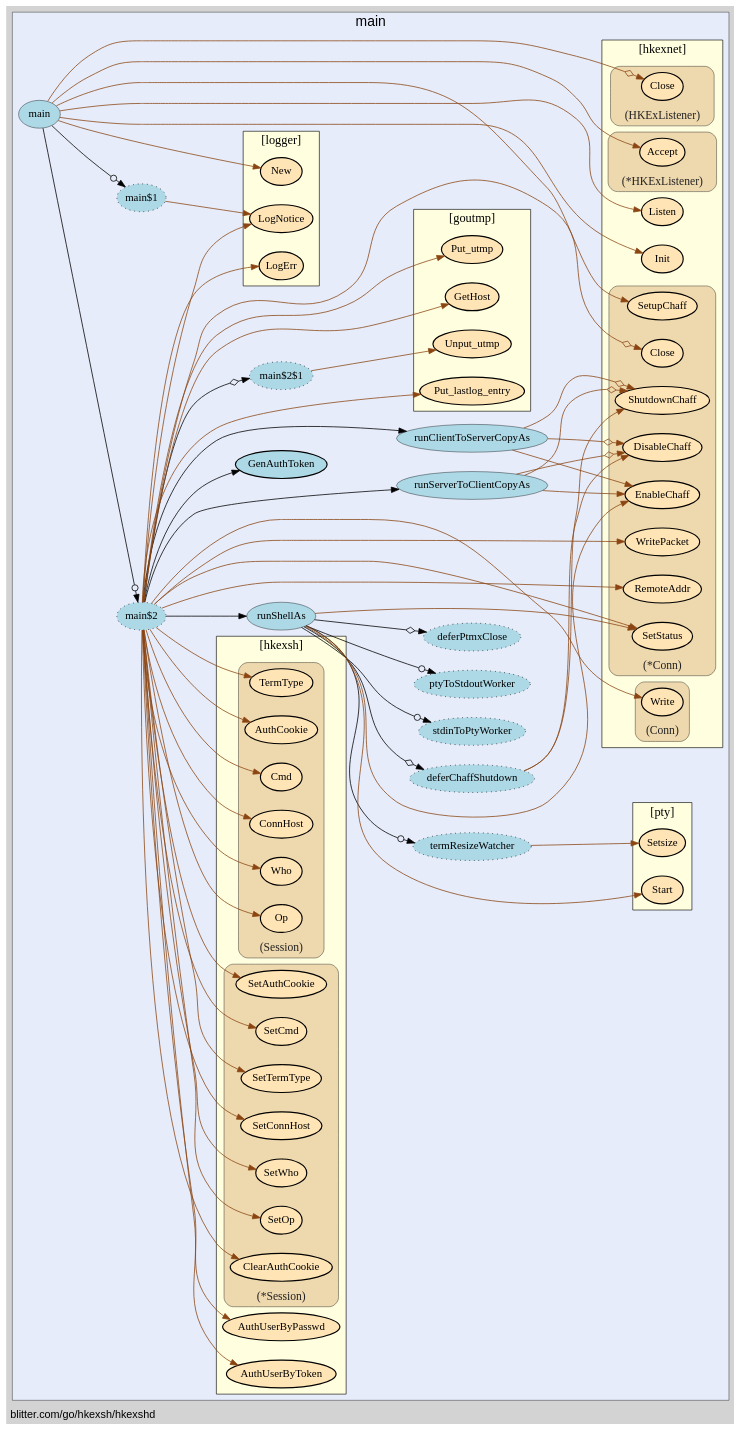
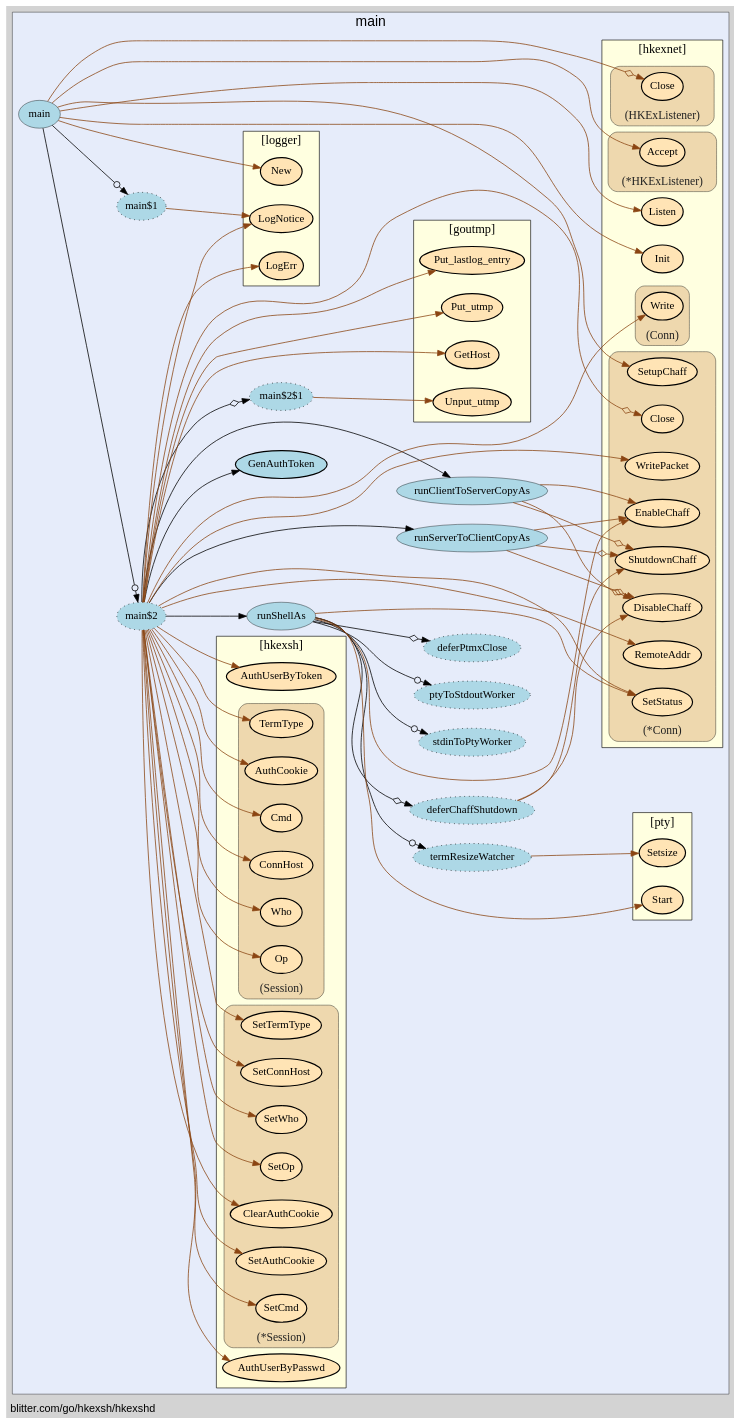
Before and after one commit to isgasho/xs: the diagram in hkexshd/hkexshd-vis.gv, drawn with Graphviz. The commit also changed 5 other files, not shown here.

```diff
--- a/hkexshd/hkexshd-vis.gv
+++ b/hkexshd/hkexshd-vis.gv
@@ -14,57 +14,57 @@
     edge [minlen="2"]
 
     subgraph "cluster_focus" {
-        labelloc="t";
+        bgcolor="#e6ecfa";
+label="main";
+labelloc="t";
 labeljust="c";
 fontsize="18";
-bgcolor="#e6ecfa";
-label="main";
         
-        "blitter.com/go/hkexsh/hkexshd.runShellAs$4" [ fillcolor="lightblue" label="deferChaffShutdown" style="dotted,filled" ]
-        "blitter.com/go/hkexsh/hkexshd.runServerToClientCopyAs" [ label="runServerToClientCopyAs" penwidth="0.5" fillcolor="lightblue" ]
+        "blitter.com/go/hkexsh/hkexshd.runShellAs$2" [ fillcolor="lightblue" label="termResizeWatcher" style="dotted,filled" ]
         "blitter.com/go/hkexsh/hkexshd.runClientToServerCopyAs" [ fillcolor="lightblue" label="runClientToServerCopyAs" penwidth="0.5" ]
         "blitter.com/go/hkexsh/hkexshd.main" [ fillcolor="lightblue" label="main" penwidth="0.5" ]
         "blitter.com/go/hkexsh/hkexshd.main$1" [ label="main$1" style="dotted,filled" fillcolor="lightblue" ]
-        "blitter.com/go/hkexsh/hkexshd.main$2" [ label="main$2" style="dotted,filled" fillcolor="lightblue" ]
+        "blitter.com/go/hkexsh/hkexshd.main$2" [ fillcolor="lightblue" label="main$2" style="dotted,filled" ]
         "blitter.com/go/hkexsh/hkexshd.GenAuthToken" [ fillcolor="lightblue" label="GenAuthToken" penwidth="1.5" ]
         "blitter.com/go/hkexsh/hkexshd.runShellAs" [ fillcolor="lightblue" label="runShellAs" penwidth="0.5" ]
-        "blitter.com/go/hkexsh/hkexshd.runShellAs$1" [ fillcolor="lightblue" label="deferPtmxClose" style="dotted,filled" ]
-        "blitter.com/go/hkexsh/hkexshd.runShellAs$2" [ fillcolor="lightblue" label="termResizeWatcher" style="dotted,filled" ]
-        "blitter.com/go/hkexsh/hkexshd.runShellAs$3" [ fillcolor="lightblue" label="stdinToPtyWorker" style="dotted,filled" ]
+        "blitter.com/go/hkexsh/hkexshd.runShellAs$1" [ label="deferPtmxClose" style="dotted,filled" fillcolor="lightblue" ]
+        "blitter.com/go/hkexsh/hkexshd.runShellAs$3" [ label="stdinToPtyWorker" style="dotted,filled" fillcolor="lightblue" ]
+        "blitter.com/go/hkexsh/hkexshd.runShellAs$4" [ fillcolor="lightblue" label="deferChaffShutdown" style="dotted,filled" ]
         "blitter.com/go/hkexsh/hkexshd.runShellAs$5" [ fillcolor="lightblue" label="ptyToStdoutWorker" style="dotted,filled" ]
-        "blitter.com/go/hkexsh/hkexshd.main$2$1" [ label="main$2$1" style="dotted,filled" fillcolor="lightblue" ]
+        "blitter.com/go/hkexsh/hkexshd.main$2$1" [ fillcolor="lightblue" label="main$2$1" style="dotted,filled" ]
+        "blitter.com/go/hkexsh/hkexshd.runServerToClientCopyAs" [ fillcolor="lightblue" label="runServerToClientCopyAs" penwidth="0.5" ]
         
         subgraph "cluster_blitter.com/go/goutmp" {
-        penwidth="0.8";
-fontsize="16";
+        fontsize="16";
+fontname="bold";
+label="[goutmp]";
+penwidth="0.8";
+style="filled";
 fillcolor="lightyellow";
+rank="sink";
+URL="/?f=blitter.com/go/goutmp";
 tooltip="package: blitter.com/go/goutmp";
-style="filled";
-fontname="bold";
-rank="sink";
-label="[goutmp]";
-URL="/?f=blitter.com/go/goutmp";
         
         "blitter.com/go/goutmp.GetHost" [ fillcolor="moccasin" label="GetHost" penwidth="1.5" ]
-        "blitter.com/go/goutmp.Put_utmp" [ penwidth="1.5" fillcolor="moccasin" label="Put_utmp" ]
-        "blitter.com/go/goutmp.Unput_utmp" [ fillcolor="moccasin" label="Unput_utmp" penwidth="1.5" ]
-        "blitter.com/go/goutmp.Put_lastlog_entry" [ fillcolor="moccasin" label="Put_lastlog_entry" penwidth="1.5" ]
+        "blitter.com/go/goutmp.Put_utmp" [ fillcolor="moccasin" label="Put_utmp" penwidth="1.5" ]
+        "blitter.com/go/goutmp.Unput_utmp" [ label="Unput_utmp" penwidth="1.5" fillcolor="moccasin" ]
+        "blitter.com/go/goutmp.Put_lastlog_entry" [ penwidth="1.5" fillcolor="moccasin" label="Put_lastlog_entry" ]
         
     }
 
         subgraph "cluster_blitter.com/go/hkexsh" {
-        style="filled";
+        fontname="bold";
+rank="sink";
+URL="/?f=blitter.com/go/hkexsh";
+tooltip="package: blitter.com/go/hkexsh";
+penwidth="0.8";
 fillcolor="lightyellow";
 label="[hkexsh]";
-URL="/?f=blitter.com/go/hkexsh";
-penwidth="0.8";
 fontsize="16";
-tooltip="package: blitter.com/go/hkexsh";
-fontname="bold";
-rank="sink";
+style="filled";
         
         "blitter.com/go/hkexsh.AuthUserByToken" [ fillcolor="moccasin" label="AuthUserByToken" penwidth="1.5" ]
-        "blitter.com/go/hkexsh.AuthUserByPasswd" [ fillcolor="moccasin" label="AuthUserByPasswd" penwidth="1.5" ]
+        "blitter.com/go/hkexsh.AuthUserByPasswd" [ label="AuthUserByPasswd" penwidth="1.5" fillcolor="moccasin" ]
         
         subgraph "cluster_*blitter.com/go/hkexsh.Session" {
         label="(*Session)";
@@ -76,31 +76,31 @@
 style="rounded,filled";
 fillcolor="wheat2";
         
-        "(*blitter.com/go/hkexsh.Session).SetOp" [ penwidth="1.5" fillcolor="moccasin" label="SetOp" ]
-        "(*blitter.com/go/hkexsh.Session).SetWho" [ penwidth="1.5" fillcolor="moccasin" label="SetWho" ]
-        "(*blitter.com/go/hkexsh.Session).SetConnHost" [ fillcolor="moccasin" label="SetConnHost" penwidth="1.5" ]
+        "(*blitter.com/go/hkexsh.Session).SetOp" [ fillcolor="moccasin" label="SetOp" penwidth="1.5" ]
+        "(*blitter.com/go/hkexsh.Session).SetWho" [ label="SetWho" penwidth="1.5" fillcolor="moccasin" ]
+        "(*blitter.com/go/hkexsh.Session).SetConnHost" [ label="SetConnHost" penwidth="1.5" fillcolor="moccasin" ]
         "(*blitter.com/go/hkexsh.Session).SetTermType" [ fillcolor="moccasin" label="SetTermType" penwidth="1.5" ]
         "(*blitter.com/go/hkexsh.Session).SetCmd" [ fillcolor="moccasin" label="SetCmd" penwidth="1.5" ]
-        "(*blitter.com/go/hkexsh.Session).SetAuthCookie" [ label="SetAuthCookie" penwidth="1.5" fillcolor="moccasin" ]
-        "(*blitter.com/go/hkexsh.Session).ClearAuthCookie" [ fillcolor="moccasin" label="ClearAuthCookie" penwidth="1.5" ]
+        "(*blitter.com/go/hkexsh.Session).SetAuthCookie" [ fillcolor="moccasin" label="SetAuthCookie" penwidth="1.5" ]
+        "(*blitter.com/go/hkexsh.Session).ClearAuthCookie" [ penwidth="1.5" fillcolor="moccasin" label="ClearAuthCookie" ]
         
     }
 
         subgraph "cluster_blitter.com/go/hkexsh.Session" {
-        fillcolor="wheat2";
+        fontcolor="#222222";
+labelloc="b";
+style="rounded,filled";
+fillcolor="wheat2";
 label="(Session)";
 tooltip="type: blitter.com/go/hkexsh.Session";
 penwidth="0.5";
 fontsize="15";
-fontcolor="#222222";
-labelloc="b";
-style="rounded,filled";
         
-        "(blitter.com/go/hkexsh.Session).Op" [ label="Op" penwidth="1.5" fillcolor="moccasin" ]
+        "(blitter.com/go/hkexsh.Session).Op" [ penwidth="1.5" fillcolor="moccasin" label="Op" ]
         "(blitter.com/go/hkexsh.Session).Who" [ fillcolor="moccasin" label="Who" penwidth="1.5" ]
         "(blitter.com/go/hkexsh.Session).ConnHost" [ fillcolor="moccasin" label="ConnHost" penwidth="1.5" ]
         "(blitter.com/go/hkexsh.Session).Cmd" [ label="Cmd" penwidth="1.5" fillcolor="moccasin" ]
-        "(blitter.com/go/hkexsh.Session).AuthCookie" [ label="AuthCookie" penwidth="1.5" fillcolor="moccasin" ]
+        "(blitter.com/go/hkexsh.Session).AuthCookie" [ fillcolor="moccasin" label="AuthCookie" penwidth="1.5" ]
         "(blitter.com/go/hkexsh.Session).TermType" [ fillcolor="moccasin" label="TermType" penwidth="1.5" ]
         
     }
@@ -108,77 +108,77 @@
     }
 
         subgraph "cluster_blitter.com/go/hkexsh/hkexnet" {
-        rank="sink";
-label="[hkexnet]";
-URL="/?f=blitter.com/go/hkexsh/hkexnet";
-tooltip="package: blitter.com/go/hkexsh/hkexnet";
-penwidth="0.8";
+        penwidth="0.8";
 fontsize="16";
 style="filled";
 fillcolor="lightyellow";
+label="[hkexnet]";
+URL="/?f=blitter.com/go/hkexsh/hkexnet";
 fontname="bold";
+rank="sink";
+tooltip="package: blitter.com/go/hkexsh/hkexnet";
         
         "blitter.com/go/hkexsh/hkexnet.Init" [ fillcolor="moccasin" label="Init" penwidth="1.5" ]
-        "blitter.com/go/hkexsh/hkexnet.Listen" [ label="Listen" penwidth="1.5" fillcolor="moccasin" ]
+        "blitter.com/go/hkexsh/hkexnet.Listen" [ penwidth="1.5" fillcolor="moccasin" label="Listen" ]
         
         subgraph "cluster_*blitter.com/go/hkexsh/hkexnet.Conn" {
-        style="rounded,filled";
+        penwidth="0.5";
+fontsize="15";
+fontcolor="#222222";
+labelloc="b";
+style="rounded,filled";
 fillcolor="wheat2";
 label="(*Conn)";
 tooltip="type: *blitter.com/go/hkexsh/hkexnet.Conn";
-penwidth="0.5";
-fontsize="15";
-fontcolor="#222222";
-labelloc="b";
         
+        "(*blitter.com/go/hkexsh/hkexnet.Conn).EnableChaff" [ penwidth="1.5" fillcolor="moccasin" label="EnableChaff" ]
         "(*blitter.com/go/hkexsh/hkexnet.Conn).DisableChaff" [ fillcolor="moccasin" label="DisableChaff" penwidth="1.5" ]
         "(*blitter.com/go/hkexsh/hkexnet.Conn).ShutdownChaff" [ fillcolor="moccasin" label="ShutdownChaff" penwidth="1.5" ]
-        "(*blitter.com/go/hkexsh/hkexnet.Conn).EnableChaff" [ penwidth="1.5" fillcolor="moccasin" label="EnableChaff" ]
         "(*blitter.com/go/hkexsh/hkexnet.Conn).SetupChaff" [ fillcolor="moccasin" label="SetupChaff" penwidth="1.5" ]
         "(*blitter.com/go/hkexsh/hkexnet.Conn).Close" [ fillcolor="moccasin" label="Close" penwidth="1.5" ]
         "(*blitter.com/go/hkexsh/hkexnet.Conn).RemoteAddr" [ fillcolor="moccasin" label="RemoteAddr" penwidth="1.5" ]
-        "(*blitter.com/go/hkexsh/hkexnet.Conn).SetStatus" [ fillcolor="moccasin" label="SetStatus" penwidth="1.5" ]
+        "(*blitter.com/go/hkexsh/hkexnet.Conn).SetStatus" [ penwidth="1.5" fillcolor="moccasin" label="SetStatus" ]
         "(*blitter.com/go/hkexsh/hkexnet.Conn).WritePacket" [ fillcolor="moccasin" label="WritePacket" penwidth="1.5" ]
         
     }
 
         subgraph "cluster_*blitter.com/go/hkexsh/hkexnet.HKExListener" {
-        fontsize="15";
+        tooltip="type: *blitter.com/go/hkexsh/hkexnet.HKExListener";
+penwidth="0.5";
+fontsize="15";
 fontcolor="#222222";
 labelloc="b";
 style="rounded,filled";
 fillcolor="wheat2";
 label="(*HKExListener)";
-tooltip="type: *blitter.com/go/hkexsh/hkexnet.HKExListener";
-penwidth="0.5";
         
         "(*blitter.com/go/hkexsh/hkexnet.HKExListener).Accept" [ fillcolor="moccasin" label="Accept" penwidth="1.5" ]
         
     }
 
         subgraph "cluster_blitter.com/go/hkexsh/hkexnet.Conn" {
-        style="rounded,filled";
+        labelloc="b";
+style="rounded,filled";
 fillcolor="wheat2";
 label="(Conn)";
 tooltip="type: blitter.com/go/hkexsh/hkexnet.Conn";
 penwidth="0.5";
 fontsize="15";
 fontcolor="#222222";
-labelloc="b";
         
-        "(blitter.com/go/hkexsh/hkexnet.Conn).Write" [ label="Write" penwidth="1.5" fillcolor="moccasin" ]
+        "(blitter.com/go/hkexsh/hkexnet.Conn).Write" [ fillcolor="moccasin" label="Write" penwidth="1.5" ]
         
     }
 
         subgraph "cluster_blitter.com/go/hkexsh/hkexnet.HKExListener" {
-        penwidth="0.5";
-fontsize="15";
+        fontsize="15";
 fontcolor="#222222";
 labelloc="b";
 style="rounded,filled";
 fillcolor="wheat2";
 label="(HKExListener)";
 tooltip="type: blitter.com/go/hkexsh/hkexnet.HKExListener";
+penwidth="0.5";
         
         "(blitter.com/go/hkexsh/hkexnet.HKExListener).Close" [ fillcolor="moccasin" label="Close" penwidth="1.5" ]
         
@@ -187,48 +187,44 @@
     }
 
         subgraph "cluster_blitter.com/go/hkexsh/logger" {
-        URL="/?f=blitter.com/go/hkexsh/logger";
+        fontsize="16";
+rank="sink";
+URL="/?f=blitter.com/go/hkexsh/logger";
 tooltip="package: blitter.com/go/hkexsh/logger";
 penwidth="0.8";
 style="filled";
+fillcolor="lightyellow";
 fontname="bold";
-rank="sink";
 label="[logger]";
-fontsize="16";
-fillcolor="lightyellow";
         
-        "blitter.com/go/hkexsh/logger.New" [ penwidth="1.5" fillcolor="moccasin" label="New" ]
+        "blitter.com/go/hkexsh/logger.New" [ fillcolor="moccasin" label="New" penwidth="1.5" ]
         "blitter.com/go/hkexsh/logger.LogNotice" [ penwidth="1.5" fillcolor="moccasin" label="LogNotice" ]
-        "blitter.com/go/hkexsh/logger.LogErr" [ fillcolor="moccasin" label="LogErr" penwidth="1.5" ]
+        "blitter.com/go/hkexsh/logger.LogErr" [ penwidth="1.5" fillcolor="moccasin" label="LogErr" ]
         
     }
 
         subgraph "cluster_github.com/kr/pty" {
-        fontname="bold";
-label="[pty]";
+        style="filled";
+fontname="bold";
+rank="sink";
 URL="/?f=github.com/kr/pty";
 tooltip="package: github.com/kr/pty";
 penwidth="0.8";
-style="filled";
+fontsize="16";
 fillcolor="lightyellow";
-rank="sink";
-fontsize="16";
+label="[pty]";
         
+        "github.com/kr/pty.Setsize" [ fillcolor="moccasin" label="Setsize" penwidth="1.5" ]
         "github.com/kr/pty.Start" [ fillcolor="moccasin" label="Start" penwidth="1.5" ]
-        "github.com/kr/pty.Setsize" [ fillcolor="moccasin" label="Setsize" penwidth="1.5" ]
         
     }
 
     }
 
-    "blitter.com/go/hkexsh/hkexshd.runShellAs$4" -> "(*blitter.com/go/hkexsh/hkexnet.Conn).DisableChaff" [ color="saddlebrown" ]
-    "blitter.com/go/hkexsh/hkexshd.runShellAs$4" -> "(*blitter.com/go/hkexsh/hkexnet.Conn).ShutdownChaff" [ color="saddlebrown" ]
-    "blitter.com/go/hkexsh/hkexshd.runServerToClientCopyAs" -> "(*blitter.com/go/hkexsh/hkexnet.Conn).EnableChaff" [ color="saddlebrown" ]
-    "blitter.com/go/hkexsh/hkexshd.runServerToClientCopyAs" -> "(*blitter.com/go/hkexsh/hkexnet.Conn).DisableChaff" [ arrowhead="normalnoneodiamond" color="saddlebrown" ]
-    "blitter.com/go/hkexsh/hkexshd.runServerToClientCopyAs" -> "(*blitter.com/go/hkexsh/hkexnet.Conn).ShutdownChaff" [ arrowhead="normalnoneodiamond" color="saddlebrown" ]
+    "blitter.com/go/hkexsh/hkexshd.runShellAs$2" -> "github.com/kr/pty.Setsize" [ color="saddlebrown" ]
     "blitter.com/go/hkexsh/hkexshd.runClientToServerCopyAs" -> "(*blitter.com/go/hkexsh/hkexnet.Conn).EnableChaff" [ color="saddlebrown" ]
     "blitter.com/go/hkexsh/hkexshd.runClientToServerCopyAs" -> "(*blitter.com/go/hkexsh/hkexnet.Conn).DisableChaff" [ arrowhead="normalnoneodiamond" color="saddlebrown" ]
-    "blitter.com/go/hkexsh/hkexshd.runClientToServerCopyAs" -> "(*blitter.com/go/hkexsh/hkexnet.Conn).ShutdownChaff" [ color="saddlebrown" arrowhead="normalnoneodiamond" ]
+    "blitter.com/go/hkexsh/hkexshd.runClientToServerCopyAs" -> "(*blitter.com/go/hkexsh/hkexnet.Conn).ShutdownChaff" [ arrowhead="normalnoneodiamond" color="saddlebrown" ]
     "blitter.com/go/hkexsh/hkexshd.main" -> "blitter.com/go/hkexsh/logger.New" [ color="saddlebrown" ]
     "blitter.com/go/hkexsh/hkexshd.main" -> "blitter.com/go/hkexsh/hkexnet.Init" [ color="saddlebrown" ]
     "blitter.com/go/hkexsh/hkexshd.main$1" -> "blitter.com/go/hkexsh/logger.LogNotice" [ color="saddlebrown" ]
@@ -260,10 +256,11 @@
     "blitter.com/go/hkexsh/hkexshd.main$2" -> "(blitter.com/go/hkexsh.Session).TermType" [ color="saddlebrown" ]
     "blitter.com/go/hkexsh/hkexshd.runShellAs" -> "github.com/kr/pty.Start" [ color="saddlebrown" ]
     "blitter.com/go/hkexsh/hkexshd.runShellAs" -> "blitter.com/go/hkexsh/hkexshd.runShellAs$1" [ arrowhead="normalnoneodiamond" ]
-    "blitter.com/go/hkexsh/hkexshd.runShellAs$2" -> "github.com/kr/pty.Setsize" [ color="saddlebrown" ]
     "blitter.com/go/hkexsh/hkexshd.runShellAs" -> "blitter.com/go/hkexsh/hkexshd.runShellAs$2" [ arrowhead="normalnoneodot" ]
     "blitter.com/go/hkexsh/hkexshd.runShellAs" -> "blitter.com/go/hkexsh/hkexshd.runShellAs$3" [ arrowhead="normalnoneodot" ]
     "blitter.com/go/hkexsh/hkexshd.runShellAs" -> "(*blitter.com/go/hkexsh/hkexnet.Conn).EnableChaff" [ color="saddlebrown" ]
+    "blitter.com/go/hkexsh/hkexshd.runShellAs$4" -> "(*blitter.com/go/hkexsh/hkexnet.Conn).DisableChaff" [ color="saddlebrown" ]
+    "blitter.com/go/hkexsh/hkexshd.runShellAs$4" -> "(*blitter.com/go/hkexsh/hkexnet.Conn).ShutdownChaff" [ color="saddlebrown" ]
     "blitter.com/go/hkexsh/hkexshd.runShellAs" -> "blitter.com/go/hkexsh/hkexshd.runShellAs$4" [ arrowhead="normalnoneodiamond" ]
     "blitter.com/go/hkexsh/hkexshd.runShellAs" -> "blitter.com/go/hkexsh/hkexshd.runShellAs$5" [ arrowhead="normalnoneodot" ]
     "blitter.com/go/hkexsh/hkexshd.runShellAs" -> "(*blitter.com/go/hkexsh/hkexnet.Conn).SetStatus" [ color="saddlebrown" ]
@@ -276,6 +273,9 @@
     "blitter.com/go/hkexsh/hkexshd.main$2" -> "blitter.com/go/goutmp.Put_lastlog_entry" [ color="saddlebrown" ]
     "blitter.com/go/hkexsh/hkexshd.main$2" -> "blitter.com/go/hkexsh/hkexshd.runClientToServerCopyAs" [  ]
     "blitter.com/go/hkexsh/hkexshd.main$2" -> "(*blitter.com/go/hkexsh/hkexnet.Conn).WritePacket" [ color="saddlebrown" ]
+    "blitter.com/go/hkexsh/hkexshd.runServerToClientCopyAs" -> "(*blitter.com/go/hkexsh/hkexnet.Conn).EnableChaff" [ color="saddlebrown" ]
+    "blitter.com/go/hkexsh/hkexshd.runServerToClientCopyAs" -> "(*blitter.com/go/hkexsh/hkexnet.Conn).DisableChaff" [ arrowhead="normalnoneodiamond" color="saddlebrown" ]
+    "blitter.com/go/hkexsh/hkexshd.runServerToClientCopyAs" -> "(*blitter.com/go/hkexsh/hkexnet.Conn).ShutdownChaff" [ color="saddlebrown" arrowhead="normalnoneodiamond" ]
     "blitter.com/go/hkexsh/hkexshd.main$2" -> "blitter.com/go/hkexsh/hkexshd.runServerToClientCopyAs" [  ]
     "blitter.com/go/hkexsh/hkexshd.main" -> "blitter.com/go/hkexsh/hkexshd.main$2" [ arrowhead="normalnoneodot" ]
 }
```
